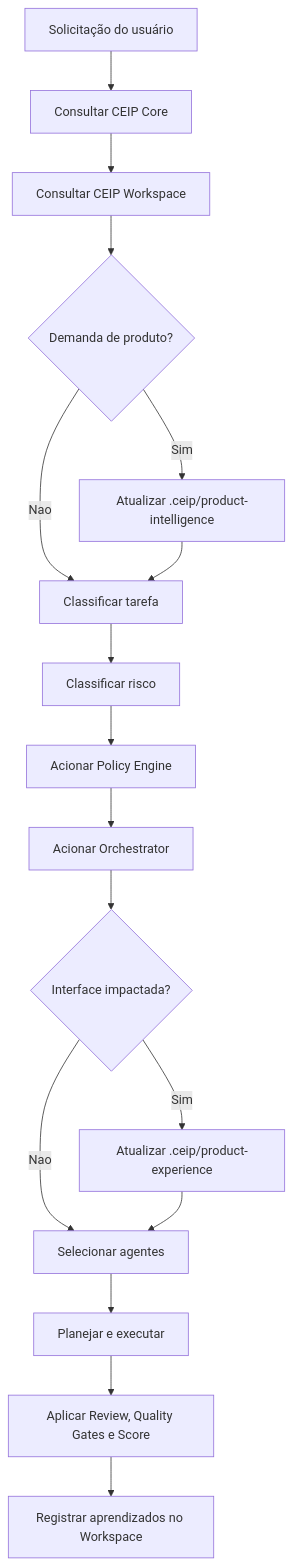
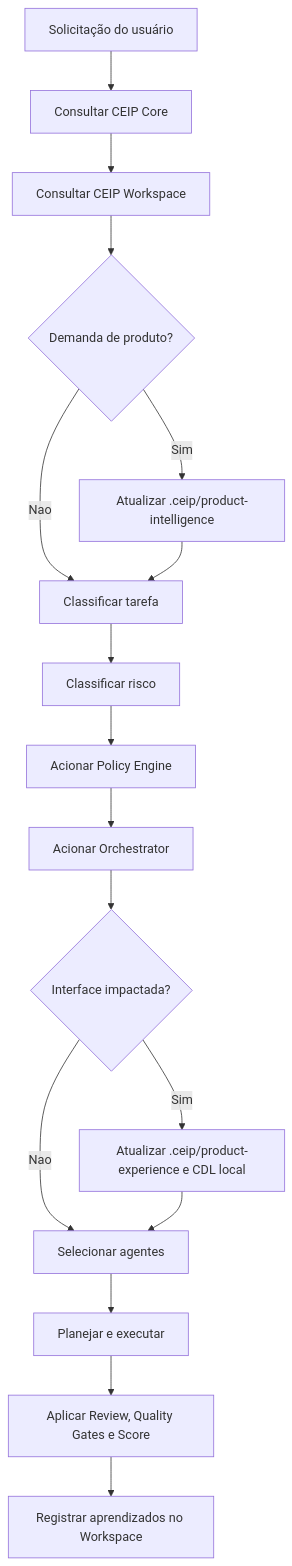
The diagram in workspace/README.md (thyags/method-ceip), drawn with Mermaid before and after one commit. The commit also changed other lines of this file and 51 other files, not shown here.

Commit message:
Integrate CDL into CEIP installer

````diff
--- a/workspace/README.md
+++ b/workspace/README.md
@@ -44,19 +44,19 @@
 ```mermaid
 flowchart TD
     A["Solicitação do usuário"] --> B["Consultar CEIP Core"]
     B --> C["Consultar CEIP Workspace"]
     C --> D{"Demanda de produto?"}
     D -->|Sim| E["Atualizar .ceip/product-intelligence"]
     D -->|Nao| F["Classificar tarefa"]
     E --> F
     F --> G["Classificar risco"]
     G --> H["Acionar Policy Engine"]
     H --> I["Acionar Orchestrator"]
     I --> J{"Interface impactada?"}
-    J -->|Sim| K["Atualizar .ceip/product-experience"]
+    J -->|Sim| K["Atualizar .ceip/product-experience e CDL local"]
     J -->|Nao| L["Selecionar agentes"]
     K --> L
     L --> M["Planejar e executar"]
     M --> N["Aplicar Review, Quality Gates e Score"]
     N --> O["Registrar aprendizados no Workspace"]
 ```
````
